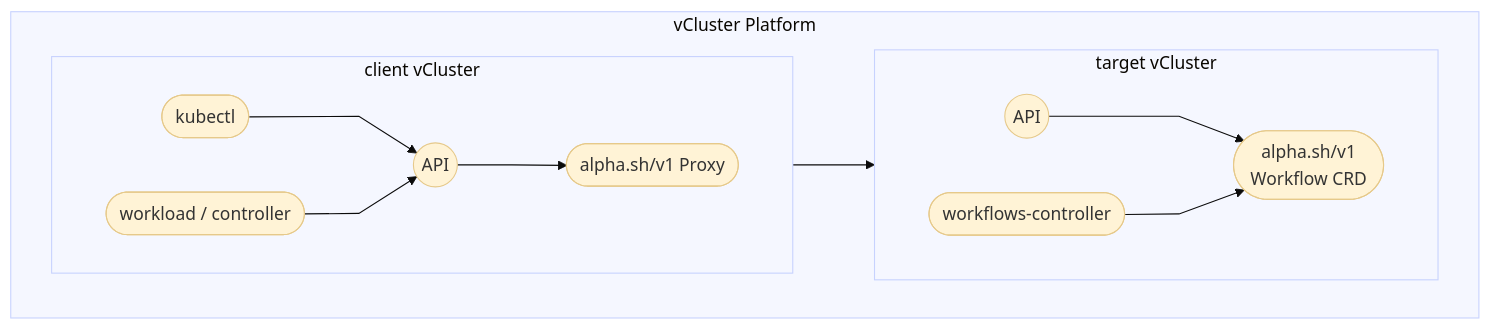
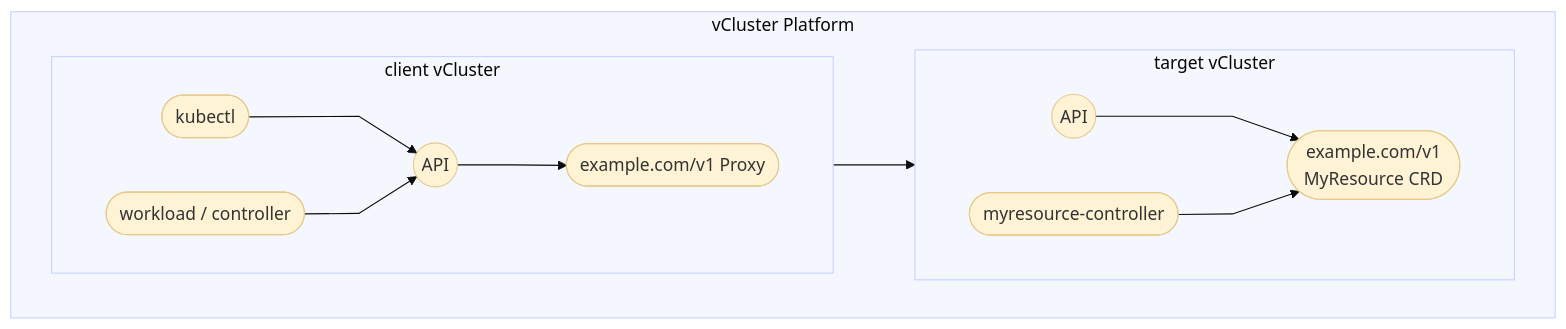
The first of 4 diagrams in vcluster/configure/vcluster-yaml/experimental/proxy.mdx (loft-sh/vcluster-docs), drawn with Mermaid before and after one commit. The commit also changed other lines of this file and 4 other files, not shown here.

Commit message:
Rename example objects in resource proxy doc

````diff
--- a/vcluster/configure/vcluster-yaml/experimental/proxy.mdx
+++ b/vcluster/configure/vcluster-yaml/experimental/proxy.mdx
@@ -30,38 +30,38 @@
 ```mermaid
 %%{init: {'theme': 'base', 'themeVariables': {'edgeLabelBackground':'#F3E8FF','edgeLabelColor':'#111827'}, 'flowchart': {'curve': 'linear', 'htmlLabels': true}}}%%
 flowchart LR
   subgraph platform["vCluster Platform"]
     direction LR
 
     subgraph client["client vCluster"]
       direction LR
       kubectl([kubectl])
       workload([workload / controller])
       api((API))
-      proxy([alpha.sh/v1 Proxy])
+      proxy([example.com/v1 Proxy])
 
       kubectl --> api
       workload --> api
       api --> proxy
     end
 
     subgraph target["target vCluster"]
       direction LR
       tapi((API))
-      crd([alpha.sh/v1<br/>Workflow CRD])
-      ctrl([workflows-controller])
+      crd([example.com/v1<br/>MyResource CRD])
+      ctrl([myresource-controller])
 
       tapi --> crd
       ctrl --> crd
     end
   end
 
   proxy --> tapi
 
   classDef node fill:#FFF3D6,stroke:#E6C98A,stroke-width:1px,rx:0,ry:0;
   class kubectl,workload,api,proxy,tapi,crd,ctrl node;
 
   style platform fill:#F5F7FF,stroke:#C7D2FE,stroke-width:1px,rx:0,ry:0;
   style client fill:#F5F7FF,stroke:#C7D2FE,stroke-width:1px,rx:0,ry:0;
   style target fill:#F5F7FF,stroke:#C7D2FE,stroke-width:1px,rx:0,ry:0;
 ```
````
